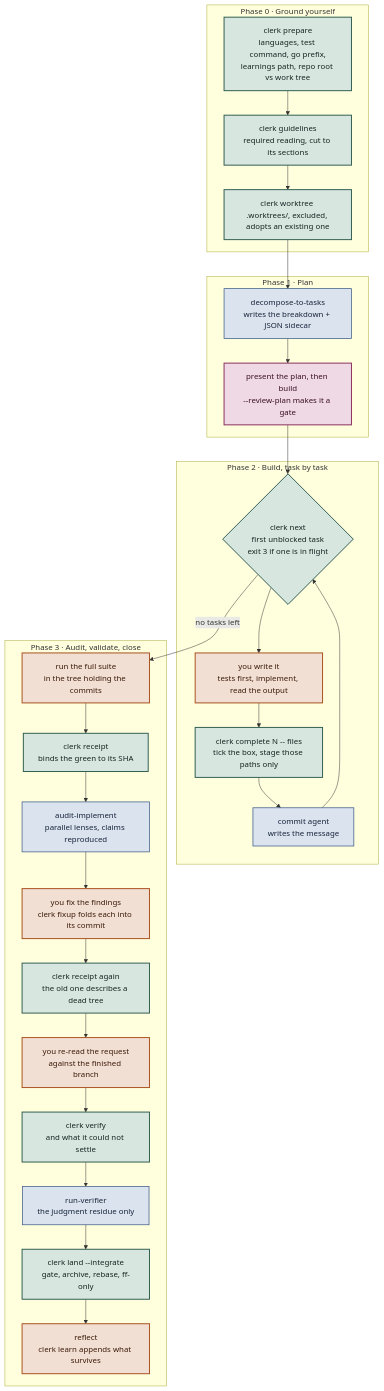
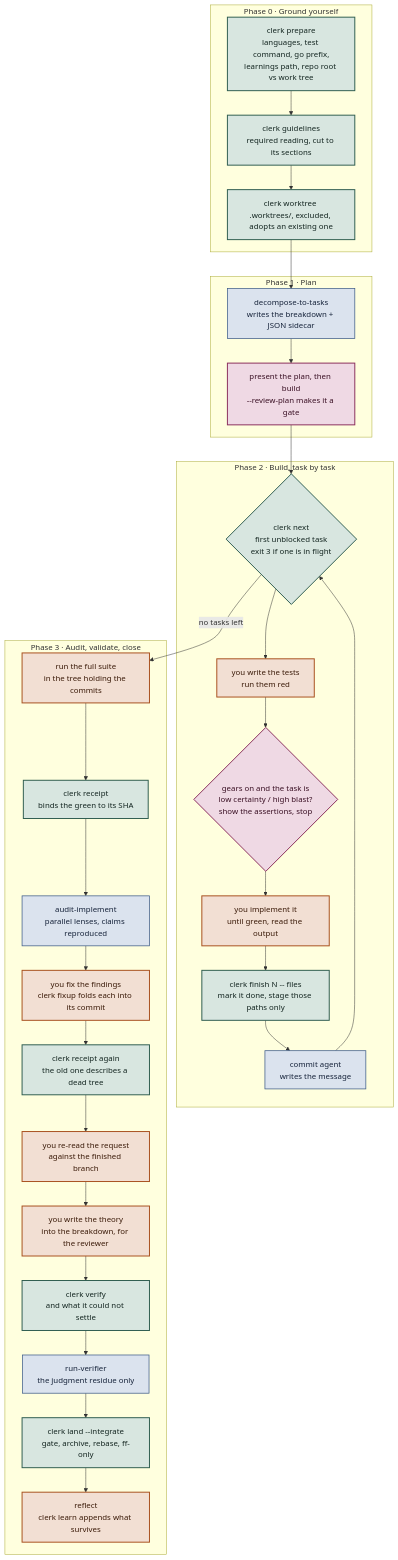
One commit to hpcsc/dotfiles changed the first of 3 diagrams in link/common/dot-config/.config/ai/method/README.md. Above: the diagram before and after it, drawn with Mermaid. The commit also changed other lines of this file and 12 other files, not shown here.

````diff
--- a/link/common/dot-config/.config/ai/method/README.md
+++ b/link/common/dot-config/.config/ai/method/README.md
@@ -62,40 +62,43 @@
 ```mermaid
 flowchart TD
   subgraph P0["Phase 0 · Ground yourself"]
     A["clerk prepare<br/>languages, test command, go prefix,<br/>learnings path, repo root vs work tree"]
     A --> B["clerk guidelines<br/>required reading, cut to its sections"]
     B --> C["clerk worktree <name><br/>.worktrees/, excluded, adopts an existing one"]
   end
   subgraph P1["Phase 1 · Plan"]
     C --> D["decompose-to-tasks<br/>writes the breakdown + JSON sidecar"]
     D --> G1["present the plan, then build<br/>--review-plan makes it a gate"]
   end
   subgraph P2["Phase 2 · Build, task by task"]
     G1 --> E{"clerk next<br/>first unblocked task<br/>exit 3 if one is in flight"}
-    E --> F["you write it<br/>tests first, implement, read the output"]
-    F --> H["clerk complete N -- files<br/>tick the box, stage those paths only"]
+    E --> T["you write the tests<br/>run them red"]
+    T --> G2{"gears on and the task is<br/>low certainty / high blast?<br/>show the assertions, stop"}
+    G2 --> F["you implement it<br/>until green, read the output"]
+    F --> H["clerk finish N -- files<br/>mark it done, stage those paths only"]
     H --> I["commit agent<br/>writes the message"]
     I --> E
   end
   subgraph P3["Phase 3 · Audit, validate, close"]
     E -->|"no tasks left"| J["run the full suite<br/>in the tree holding the commits"]
     J --> K["clerk receipt<br/>binds the green to its SHA"]
     K --> L["audit-implement<br/>parallel lenses, claims reproduced"]
     L --> M["you fix the findings<br/>clerk fixup folds each into its commit"]
     M --> N["clerk receipt again<br/>the old one describes a dead tree"]
     N --> O["you re-read the request<br/>against the finished branch"]
-    O --> P["clerk verify<br/>and what it could not settle"]
+    O --> W["you write the theory<br/>into the breakdown, for the reviewer"]
+    W --> P["clerk verify<br/>and what it could not settle"]
     P --> Q["run-verifier<br/>the judgment residue only"]
     Q --> R["clerk land --integrate<br/>gate, archive, rebase, ff-only"]
     R --> S["reflect<br/>clerk learn appends what survives"]
   end
   classDef clerk fill:#D8E6E0,stroke:#2F5D50,stroke-width:2px,color:#132520
   classDef you fill:#F2DFD3,stroke:#A8501E,stroke-width:2px,color:#3A1A08
   classDef agent fill:#DBE3EE,stroke:#3E5C88,stroke-width:1.5px,color:#16233A
   classDef gate fill:#EFD9E4,stroke:#8A2E5D,stroke-width:2px,color:#3A1024
   class A,B,C,E,H,K,N,P,R clerk
-  class F,M,O,S you
+  class F,M,O,S,T,W you
   class D,I,L,Q agent
-  class G1 gate
+  class G1,G2 gate
   class J you
 ```
````
